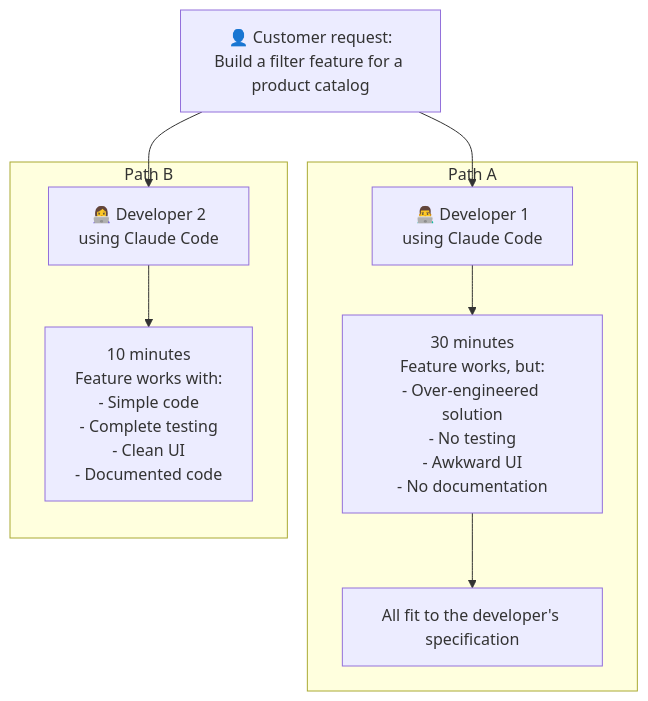
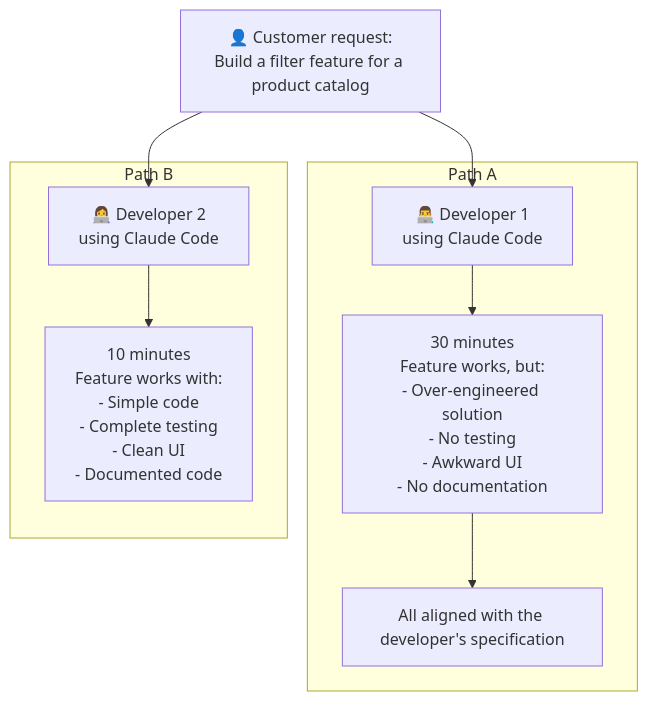
The diagram in docs/module01.md (juandaabril/dynamous-agentic-coding-course), drawn with Mermaid before and after one commit. The commit also changed other lines of this file and 3 other files, not shown here.

````diff
--- a/docs/module01.md
+++ b/docs/module01.md
@@ -93,18 +93,18 @@
 ```mermaid
 flowchart TD
     C[👤 Customer request:<br/>Build a filter feature for a product catalog]
 
     C --> D1
     C --> D2
 
     subgraph S1[Path A]
         D1[👨‍💻 Developer 1<br/>using Claude Code]
         D1 --> O1[30 minutes<br/>Feature works, but:<br/>- Over-engineered solution<br/>- No testing<br/>- Awkward UI<br/>- No documentation]
-        O1 --> R1[All fit to the developer's specification]
+        O1 --> R1[All aligned with the developer's specification]
     end
 
     subgraph S2[Path B]
         D2[👩‍💻 Developer 2<br/>using Claude Code]
         D2 --> O2[10 minutes<br/>Feature works with:<br/>- Simple code<br/>- Complete testing<br/>- Clean UI<br/>- Documented code]
     end
 ```
````
